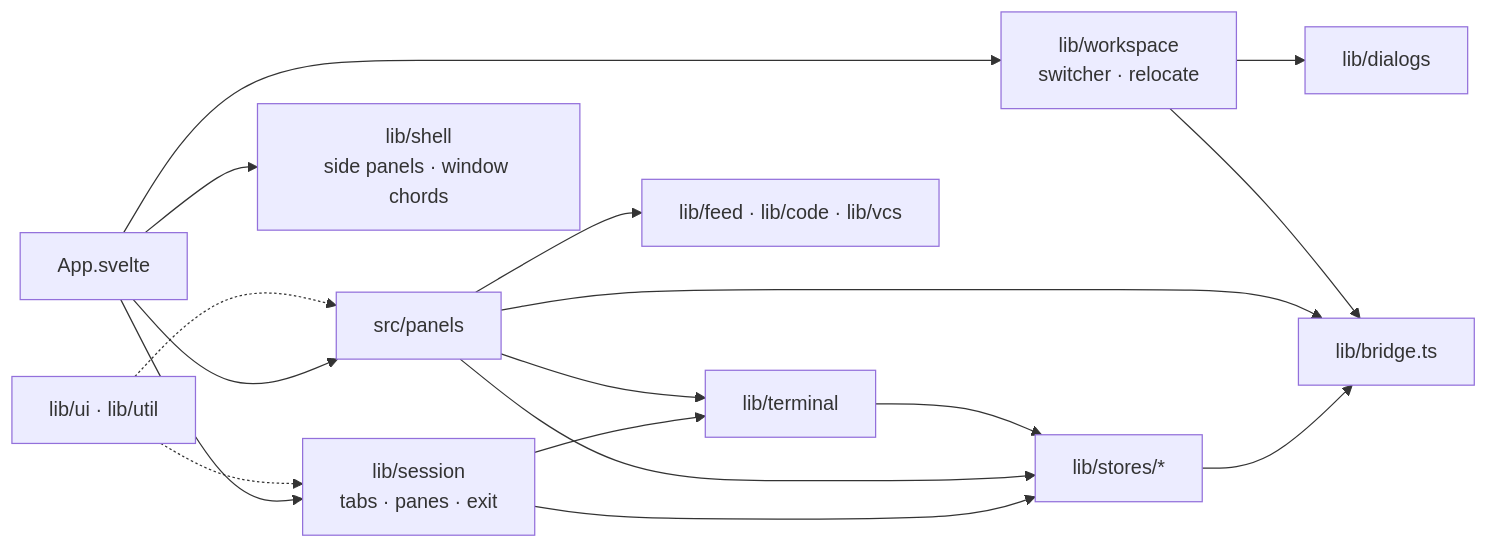
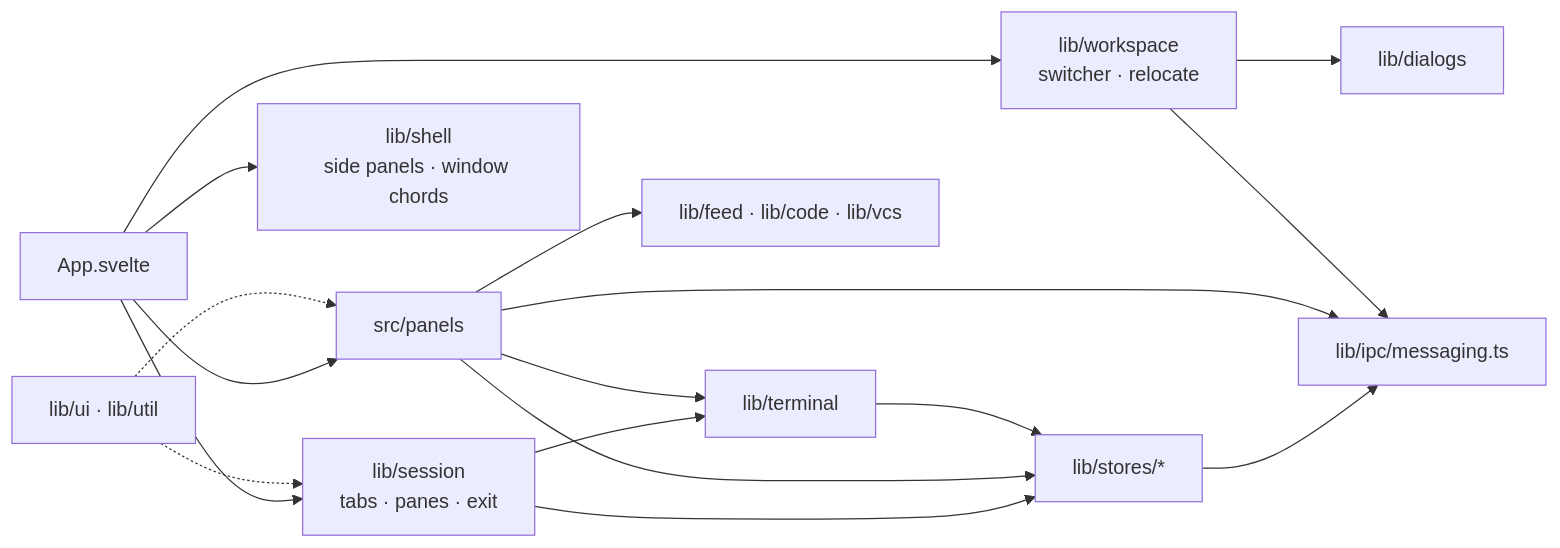
Before and after one commit to avi12/pade: the eighth of 10 diagrams in ARCHITECTURE.md, drawn with Mermaid. The commit also changed other lines of this file and 7 other files, not shown here.

First line of the commit message:
refactor(ipc): retire bridge.ts and document the messaging layer

````diff
--- a/ARCHITECTURE.md
+++ b/ARCHITECTURE.md
@@ -351,19 +383,19 @@
 ```mermaid
 flowchart LR
   App["App.svelte"] --> Session["lib/session<br/>tabs · panes · exit"]
   App --> Shell["lib/shell<br/>side panels · window chords"]
   App --> Workspace["lib/workspace<br/>switcher · relocate"]
   App --> Panels["src/panels"]
   Session --> Terminal["lib/terminal"]
   Panels --> Terminal
   Panels --> Feed["lib/feed · lib/code · lib/vcs"]
   Workspace --> Dialogs["lib/dialogs"]
   Session --> Stores["lib/stores/*"]
   Panels --> Stores
   Terminal --> Stores
-  Stores --> Bridge["lib/bridge.ts"]
+  Stores --> Bridge["lib/ipc/messaging.ts"]
   Panels --> Bridge
   Workspace --> Bridge
   UI["lib/ui · lib/util"] -.-> Session
   UI -.-> Panels
 ```
````
